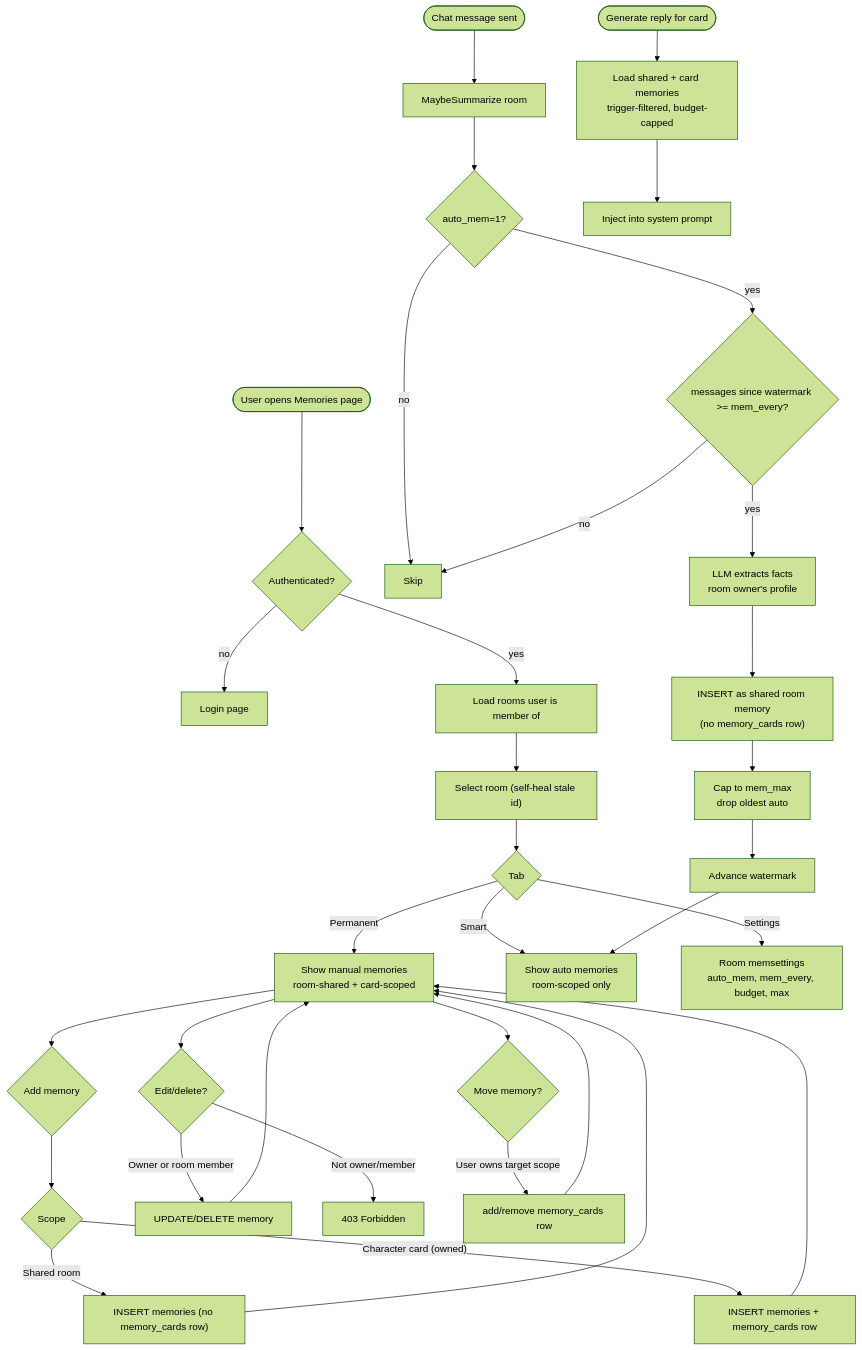
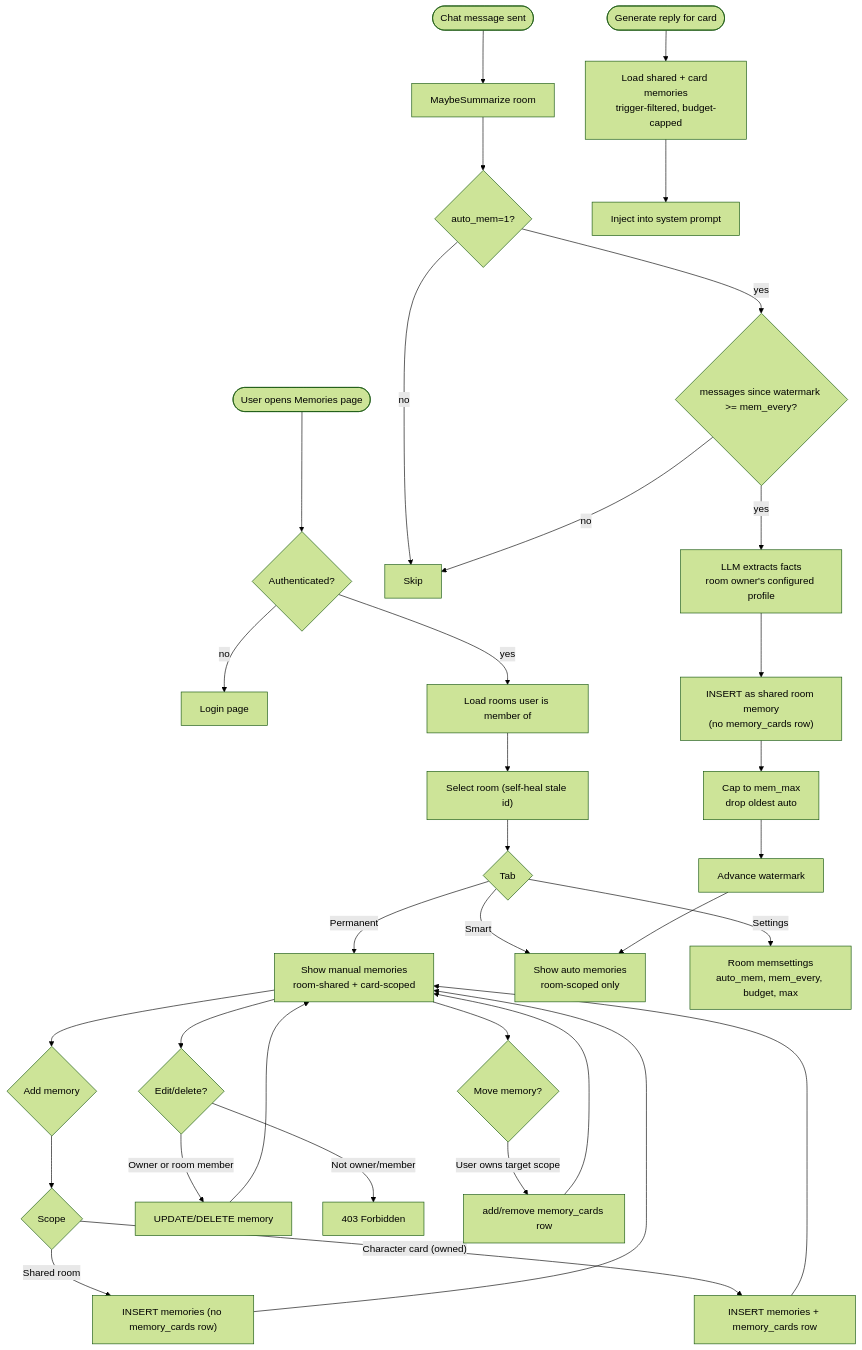
Before and after one commit to XanthiaJo/BOLLOCKS: the diagram in docs/memories.md, drawn with Mermaid (forest theme). The commit also changed other lines of this file and 1 other file, not shown here.

First line of the commit message:
fix(memories): require room owner's extraction profile for smart memory extraction

````diff
--- a/docs/memories.md
+++ b/docs/memories.md
@@ -71,47 +71,47 @@
 ```mermaid
 flowchart TD
     Start([User opens Memories page]) --> Auth{Authenticated?}
     Auth -- no --> Login[Login page]
     Auth -- yes --> LoadRooms[Load rooms user is member of]
     LoadRooms --> SelectRoom["Select room (self-heal stale id)"]
     SelectRoom --> Tabs{Tab}
 
     Tabs -->|Permanent| PermList["Show manual memories<br/>room-shared + card-scoped"]
     Tabs -->|Smart| SmartList["Show auto memories<br/>room-scoped only"]
     Tabs -->|Settings| Settings["Room memsettings<br/>auto_mem, mem_every, budget, max"]
 
     %% Permanent creation
     PermList --> AddMem{Add memory}
     AddMem --> Scope{Scope}
     Scope -->|Shared room| InsShared["INSERT memories (no memory_cards row)"]
     Scope -->|"Character card (owned)"| InsCard["INSERT memories + memory_cards row"]
     InsShared --> PermList
     InsCard --> PermList
 
     %% Permanent editing
     PermList --> Edit{Edit/delete?}
     Edit -->|Owner or room member| Update["UPDATE/DELETE memory"]
     Edit -->|Not owner/member| Deny["403 Forbidden"]
     Update --> PermList
 
     %% Smart extraction
     Chat([Chat message sent]) --> MaybeSum["MaybeSummarize room"]
     MaybeSum --> CheckAuto{auto_mem=1?}
     CheckAuto -- no --> Skip[Skip]
     CheckAuto -- yes --> CheckInterval{"messages since watermark >= mem_every?"}
     CheckInterval -- no --> Skip
-    CheckInterval -- yes --> Extract["LLM extracts facts<br/>room owner's profile"]
+    CheckInterval -- yes --> Extract["LLM extracts facts<br/>room owner's configured profile"]
     Extract --> StoreShared["INSERT as shared room memory<br/>(no memory_cards row)"]
     StoreShared --> Cap["Cap to mem_max<br/>drop oldest auto"]
     Cap --> Watermark[Advance watermark]
     Watermark --> SmartList
 
     %% Injection
     Gen([Generate reply for card]) --> Inject["Load shared + card memories<br/>trigger-filtered, budget-capped"]
     Inject --> Prompt["Inject into system prompt"]
 
     %% Move
     PermList --> Move{Move memory?}
     Move -->|User owns target scope| MoveMem["add/remove memory_cards row"]
     MoveMem --> PermList
 ```
````
